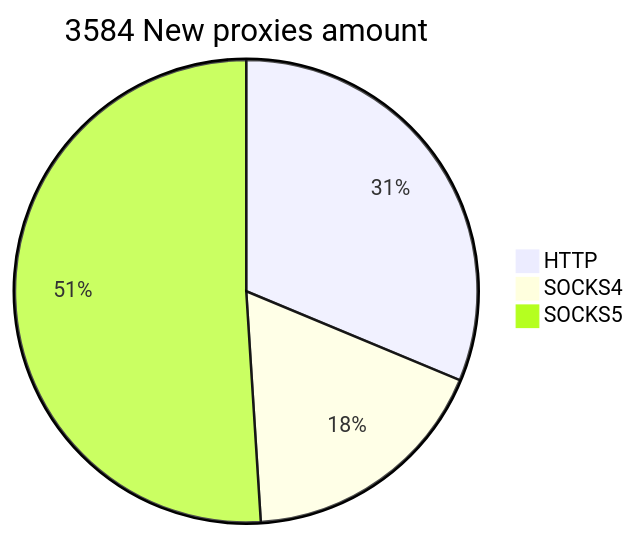
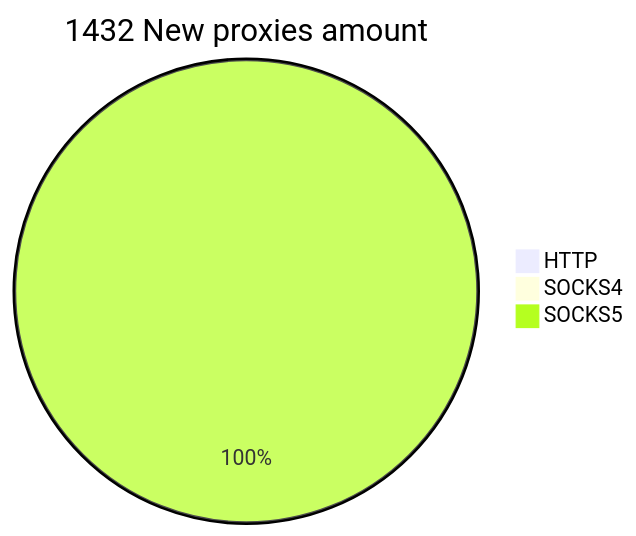
One commit to cutipu/proxylist changed the second of 2 diagrams in README.md. Above: the diagram before and after it, drawn with Mermaid. The commit also changed other lines of this file, not shown here.

````diff
--- a/README.md
+++ b/README.md
@@ -10,6 +10,6 @@
 ```mermaid
-pie title 3584 New proxies amount
-    "HTTP" : 1121
-    "SOCKS4" : 635
-    "SOCKS5" : 1828
+pie title 1432 New proxies amount
+    "HTTP" : 0
+    "SOCKS4" : 0
+    "SOCKS5" : 2092
 ```
````
